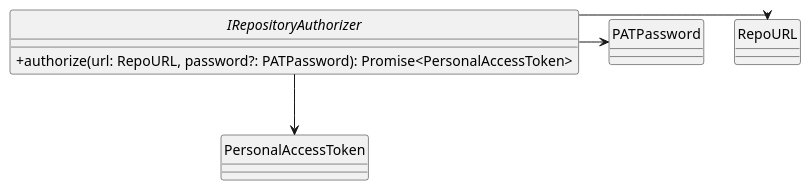
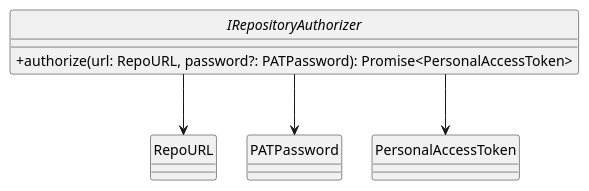
One commit to SkarabGroup/DocumentazioneProgetto changed the diagram in assets/st_diagrams/code/plantuml/analysis/application/services/interfaces/repositoryAuthorizer.interface.plantuml. Above: the diagram before and after it, drawn with PlantUML. The commit also changed 59 other files, not shown here.

```diff
--- a/assets/st_diagrams/code/plantuml/analysis/application/services/interfaces/repositoryAuthorizer.interface.plantuml
+++ b/assets/st_diagrams/code/plantuml/analysis/application/services/interfaces/repositoryAuthorizer.interface.plantuml
@@ -1,16 +1,16 @@
 @startuml IRepositoryAuthorizer
 skinparam componentStyle uml2.5
 skinparam linetype ortho
 skinparam nodesep 30
 skinparam ranksep 30
 skinparam ClassAttributeIconSize 0
 hide circles
 
 interface IRepositoryAuthorizer {
     + authorize(url: RepoURL, password?: PATPassword): Promise<PersonalAccessToken>
 }
 
-IRepositoryAuthorizer --right-> RepoURL
-IRepositoryAuthorizer --right-> PATPassword
+IRepositoryAuthorizer --down-> RepoURL
+IRepositoryAuthorizer --down-> PATPassword
 IRepositoryAuthorizer --down-> PersonalAccessToken
 @enduml
```
